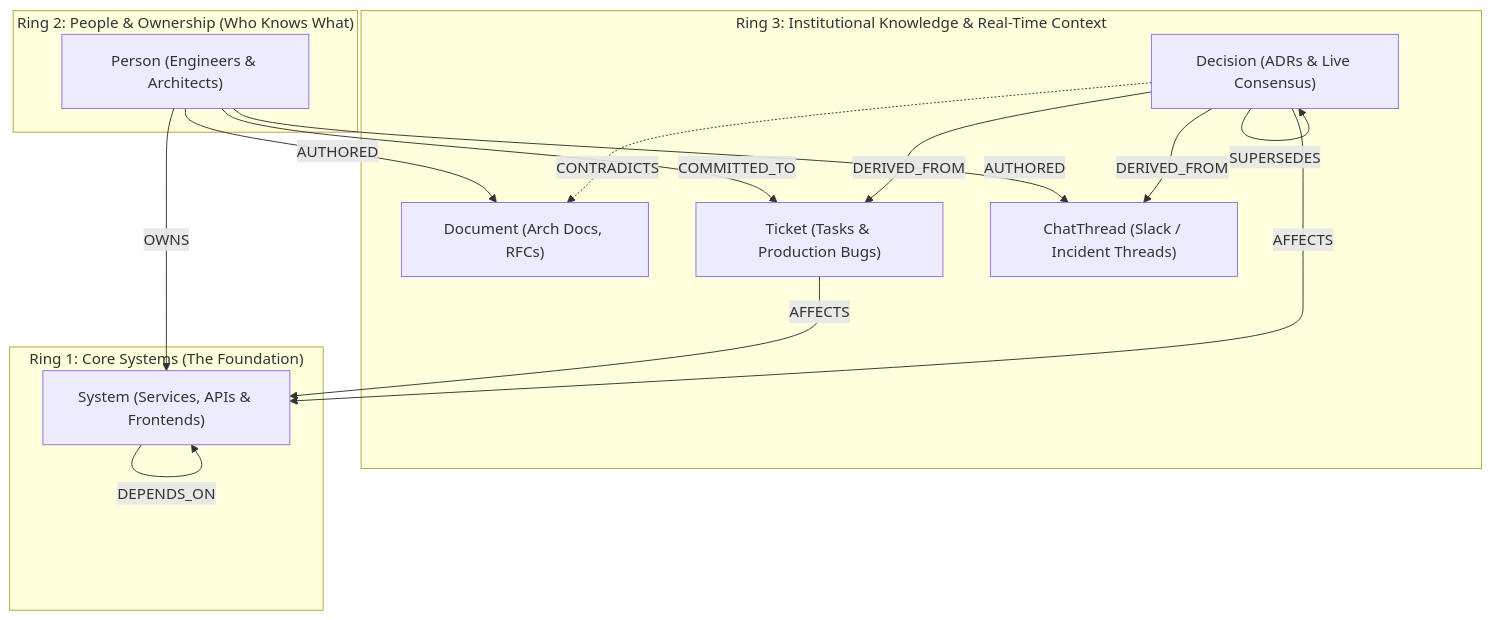
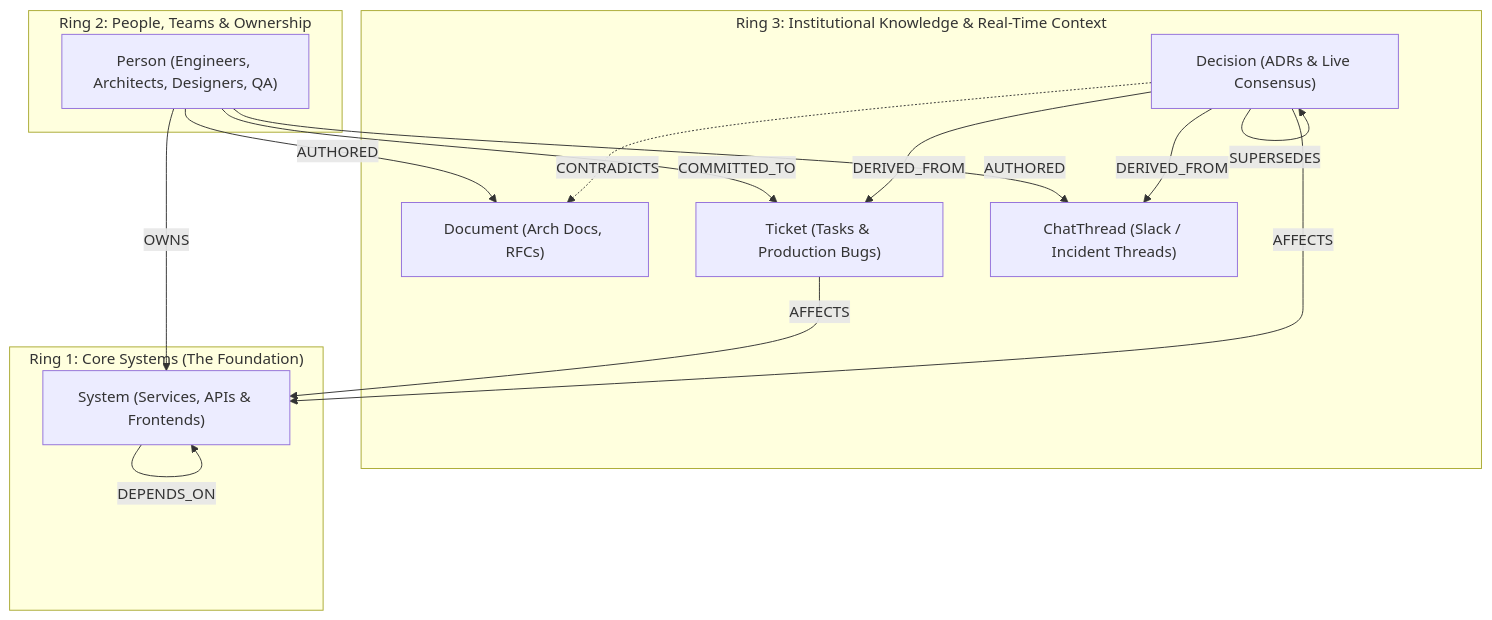
The diagram in README.md (pranavcreates/cortexflow), drawn with Mermaid before and after one commit. The commit also changed other lines of this file and 19 other files, not shown here.

````diff
--- a/README.md
+++ b/README.md
@@ -47,29 +77,29 @@
 ```mermaid
 graph TD
     subgraph Ring3["Ring 3: Institutional Knowledge & Real-Time Context"]
         Doc["Document (Arch Docs, RFCs)"]
         Ticket["Ticket (Tasks & Production Bugs)"]
         Chat["ChatThread (Slack / Incident Threads)"]
         Dec["Decision (ADRs & Live Consensus)"]
     end
 
-    subgraph Ring2["Ring 2: People & Ownership (Who Knows What)"]
-        Person["Person (Engineers & Architects)"]
+    subgraph Ring2["Ring 2: People, Teams & Ownership"]
+        Person["Person (Engineers, Architects, Designers, QA)"]
     end
 
     subgraph Ring1["Ring 1: Core Systems (The Foundation)"]
         System["System (Services, APIs & Frontends)"]
     end
 
     Dec -.->|CONTRADICTS| Doc
     Dec -->|SUPERSEDES| Dec
     Dec -->|DERIVED_FROM| Chat
     Dec -->|DERIVED_FROM| Ticket
     Dec -->|AFFECTS| System
     Ticket -->|AFFECTS| System
     Person -->|AUTHORED| Doc
     Person -->|AUTHORED| Chat
     Person -->|COMMITTED_TO| Ticket
     Person -->|OWNS| System
     System -->|DEPENDS_ON| System
 ```
````
